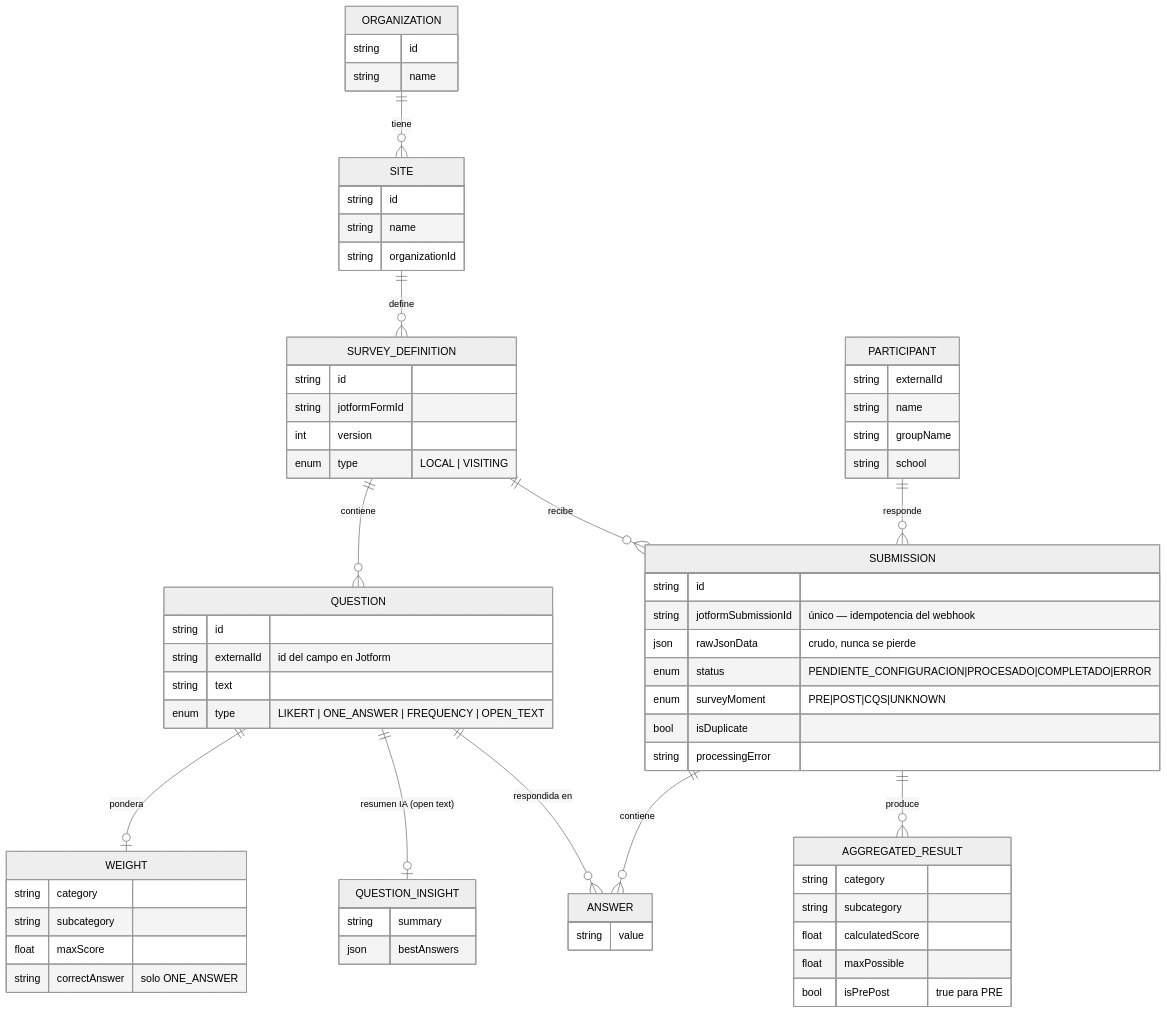
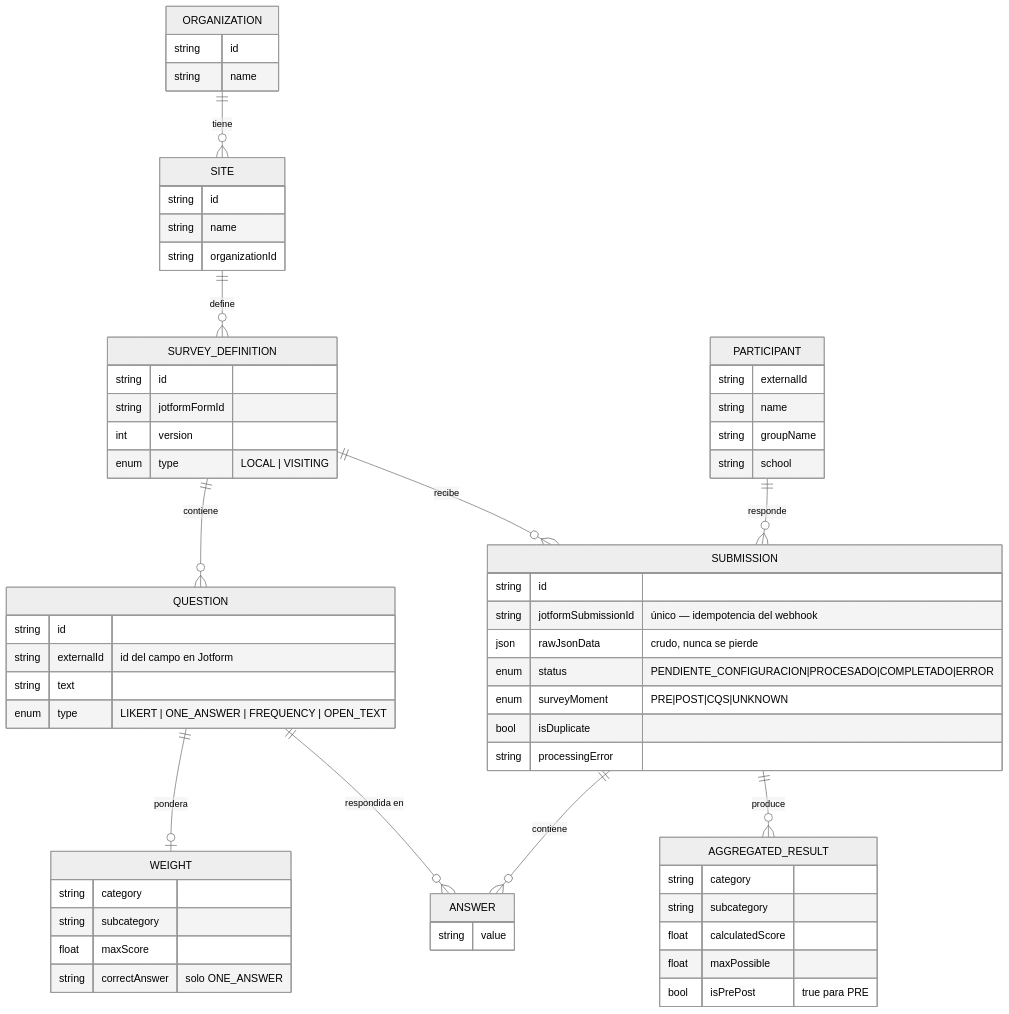
One commit to Gustav0AB/epi-web changed the second of 8 diagrams in docs/evaluaciones-flujo.md. Above: the diagram before and after it, drawn with Mermaid (neutral theme). The commit also changed other lines of this file and 57 other files, not shown here.

````diff
--- a/docs/evaluaciones-flujo.md
+++ b/docs/evaluaciones-flujo.md
@@ -57,70 +55,65 @@
 ```mermaid
 erDiagram
     ORGANIZATION ||--o{ SITE : tiene
     SITE ||--o{ SURVEY_DEFINITION : define
     SURVEY_DEFINITION ||--o{ QUESTION : contiene
     QUESTION ||--o| WEIGHT : pondera
-    QUESTION ||--o| QUESTION_INSIGHT : "resumen IA (open text)"
     SURVEY_DEFINITION ||--o{ SUBMISSION : recibe
     PARTICIPANT ||--o{ SUBMISSION : responde
     SUBMISSION ||--o{ ANSWER : contiene
     QUESTION ||--o{ ANSWER : "respondida en"
     SUBMISSION ||--o{ AGGREGATED_RESULT : produce
 
     ORGANIZATION {
         string id
         string name
     }
     SITE {
         string id
         string name
         string organizationId
     }
     SURVEY_DEFINITION {
         string id
         string jotformFormId
         int version
         enum type "LOCAL | VISITING"
     }
     QUESTION {
         string id
         string externalId "id del campo en Jotform"
         string text
         enum type "LIKERT | ONE_ANSWER | FREQUENCY | OPEN_TEXT"
     }
     WEIGHT {
         string category
         string subcategory
         float maxScore
         string correctAnswer "solo ONE_ANSWER"
     }
     SUBMISSION {
         string id
         string jotformSubmissionId "único — idempotencia del webhook"
         json rawJsonData "crudo, nunca se pierde"
         enum status "PENDIENTE_CONFIGURACION|PROCESADO|COMPLETADO|ERROR"
         enum surveyMoment "PRE|POST|CQS|UNKNOWN"
         bool isDuplicate
         string processingError
     }
     PARTICIPANT {
         string externalId
         string name
         string groupName
         string school
     }
     ANSWER {
         string value
     }
     AGGREGATED_RESULT {
         string category
         string subcategory
         float calculatedScore
         float maxPossible
         bool isPrePost "true para PRE"
     }
-    QUESTION_INSIGHT {
-        string summary
-        json bestAnswers
-    }
 ```
````
